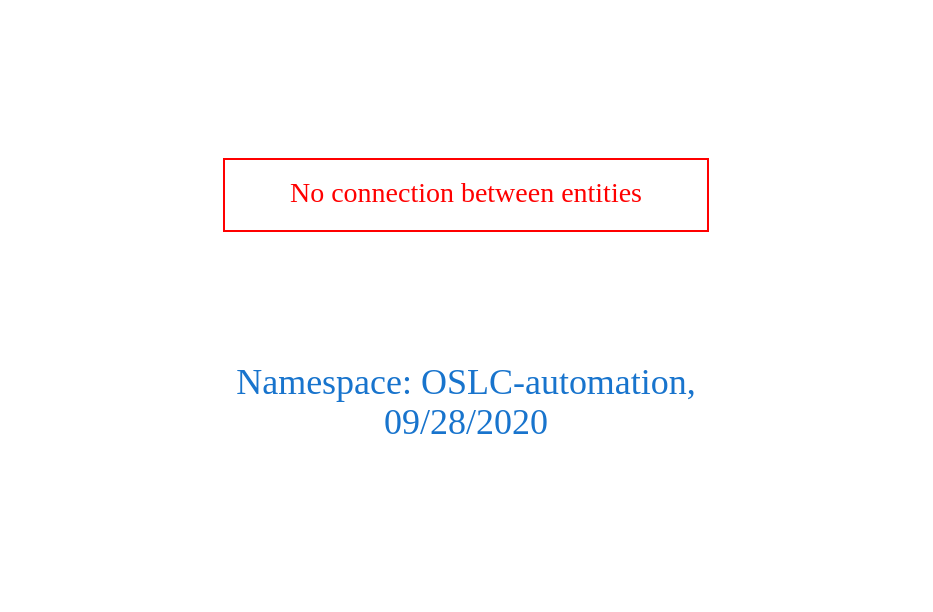
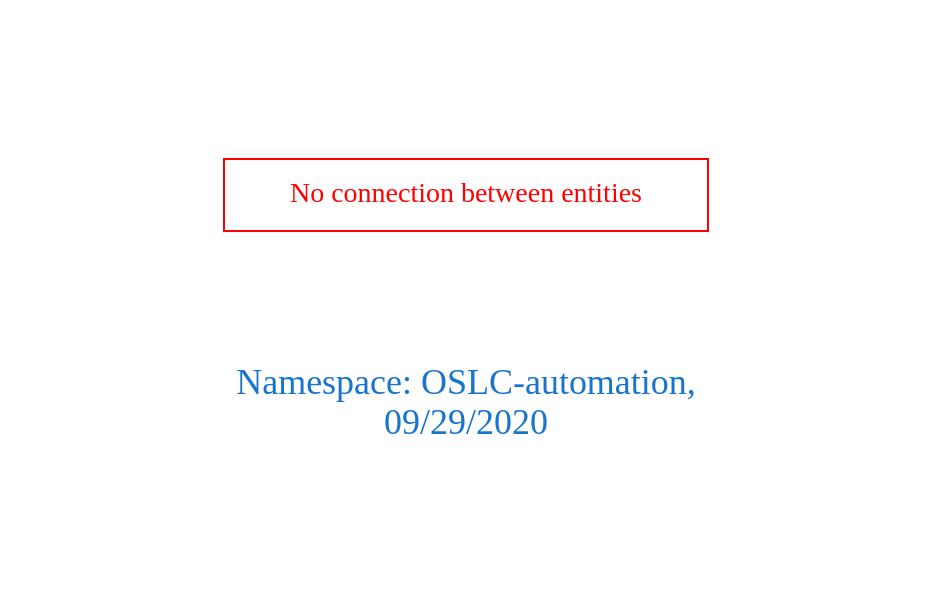
The diagram in downloads/OSLC-automation.dot (arago/OGIT), drawn with Graphviz before and after one commit. The commit also changed 1818 other files, not shown here.

```diff
--- a/downloads/OSLC-automation.dot
+++ b/downloads/OSLC-automation.dot
@@ -1,9 +1,9 @@
 digraph OGIT_ontology {
  graph [ rankdir= LR,pad=1 
 fontsize = 18,
-fontcolor= dodgerblue3,label = "\n\n\nNamespace: OSLC-automation, \n 09/28/2020"];
+fontcolor= dodgerblue3,label = "\n\n\nNamespace: OSLC-automation, \n 09/29/2020"];
 node[shape=polygon];
 edge [  color="gray81"];
 
 "No connection between entities" [fontcolor = "red",color="red", shape="polygon"]
 }
```
